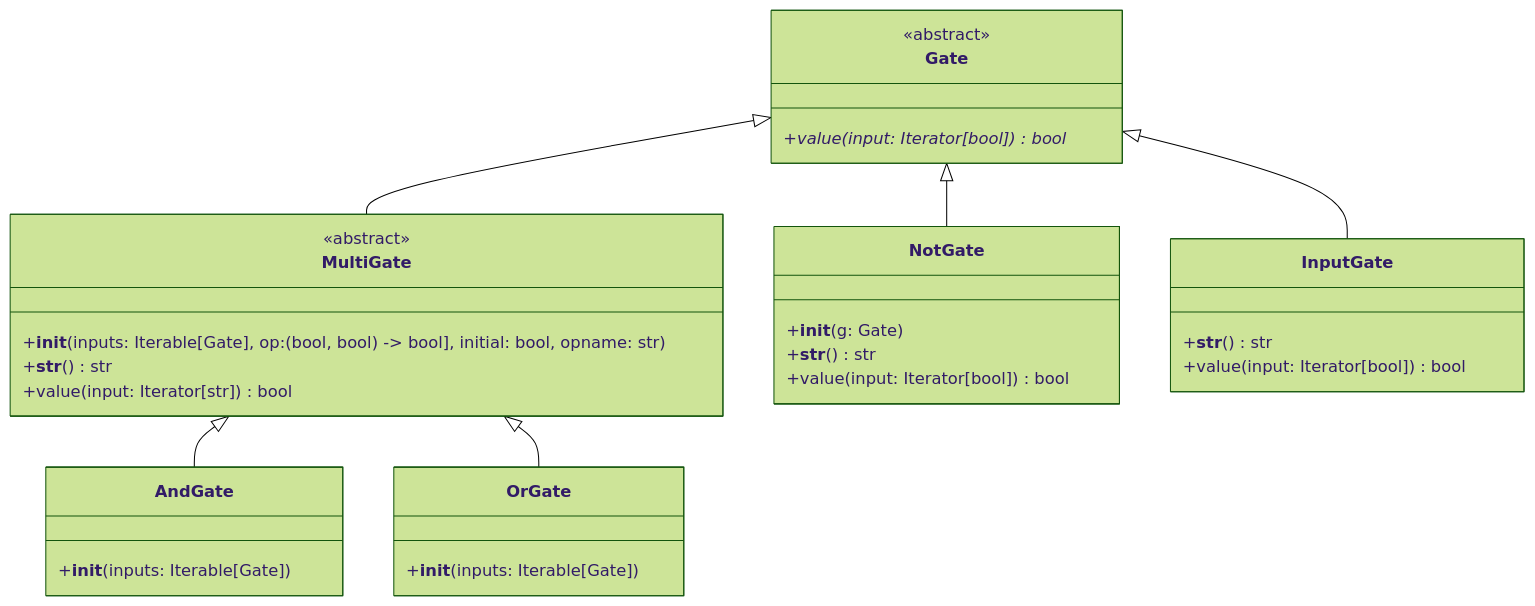
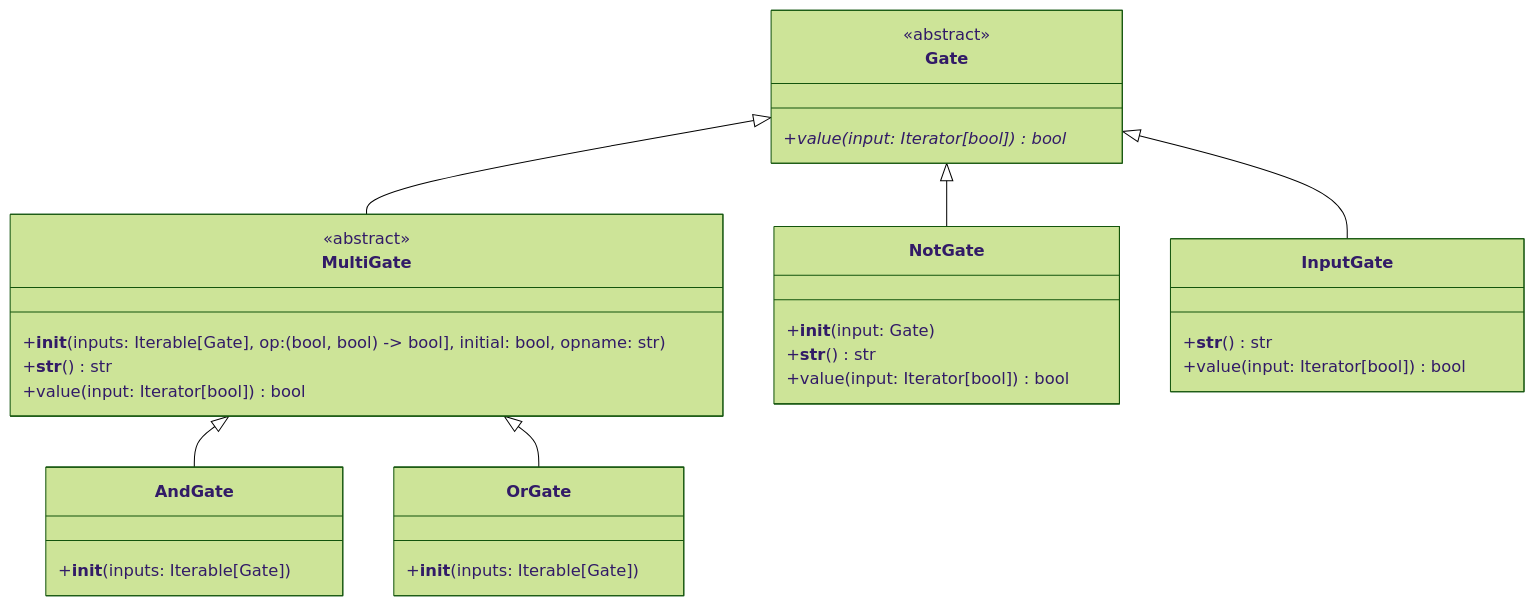
One commit to roninbar/logic changed the second of 2 diagrams in logic.md. Above: the diagram before and after it, drawn with Mermaid (forest theme). The commit also changed other lines of this file, not shown here.

Commit message:
Update the diagrams.

````diff
--- a/logic.md
+++ b/logic.md
@@ -7,33 +10,33 @@
 ```mermaid
 classDiagram
     Gate <|-- MultiGate
     MultiGate <|-- AndGate
     MultiGate <|-- OrGate
     Gate <|-- NotGate
     Gate <|-- InputGate
     class Gate {
         <<abstract>>
         +value(input: Iterator[bool])* bool
     }
     class MultiGate {
         <<abstract>>
         +__init__(inputs: Iterable[Gate], op: (bool, bool) -> bool], initial: bool, opname: str)
         +__str__() str
-        +value(input: Iterator[str]) bool
+        +value(input: Iterator[bool]) bool
     }
     class InputGate {
         +__str__() str
         +value(input: Iterator[bool]) bool
     }
     class AndGate {
         +__init__(inputs: Iterable[Gate])
     }
     class OrGate {
         +__init__(inputs: Iterable[Gate])
     }
     class NotGate {
-        +__init__(g: Gate)
+        +__init__(input: Gate)
         +__str__() str
         +value(input: Iterator[bool]) bool
     }
 ```
````
